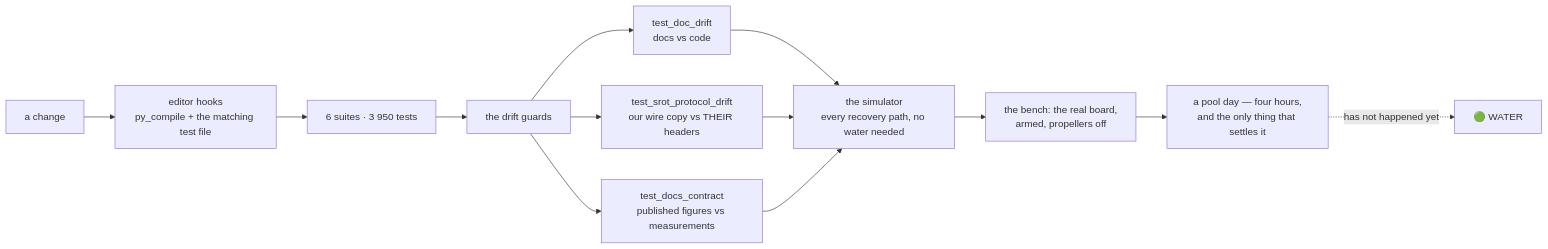
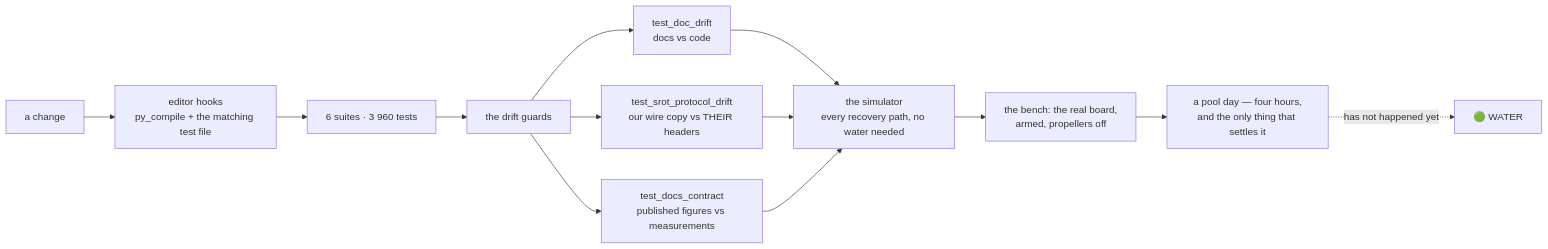
The ninth of 10 diagrams in README.md (fh1m/mongla_ws), drawn with Mermaid before and after one commit. The commit also changed other lines of this file and 1 other file, not shown here.

````diff
--- a/README.md
+++ b/README.md
@@ -752,15 +752,15 @@
 ```mermaid
 flowchart LR
     DEV["a change"] --> HOOK["editor hooks<br/>py_compile + the matching test file"]
-    HOOK --> UNIT["6 suites · 3 950 tests"]
+    HOOK --> UNIT["6 suites · 3 960 tests"]
     UNIT --> GUARD["the drift guards"]
     GUARD --> G1["test_doc_drift<br/>docs vs code"]
     GUARD --> G2["test_srot_protocol_drift<br/>our wire copy vs THEIR headers"]
     GUARD --> G3["test_docs_contract<br/>published figures vs measurements"]
     G1 --> SIM["the simulator<br/>every recovery path, no water needed"]
     G2 --> SIM
     G3 --> SIM
     SIM --> BENCH["the bench: the real board,<br/>armed, propellers off"]
     BENCH --> POOL["a pool day — four hours,<br/>and the only thing that settles it"]
     POOL -.->|"has not happened yet"| WATER["🟢 WATER"]
 ```
````
